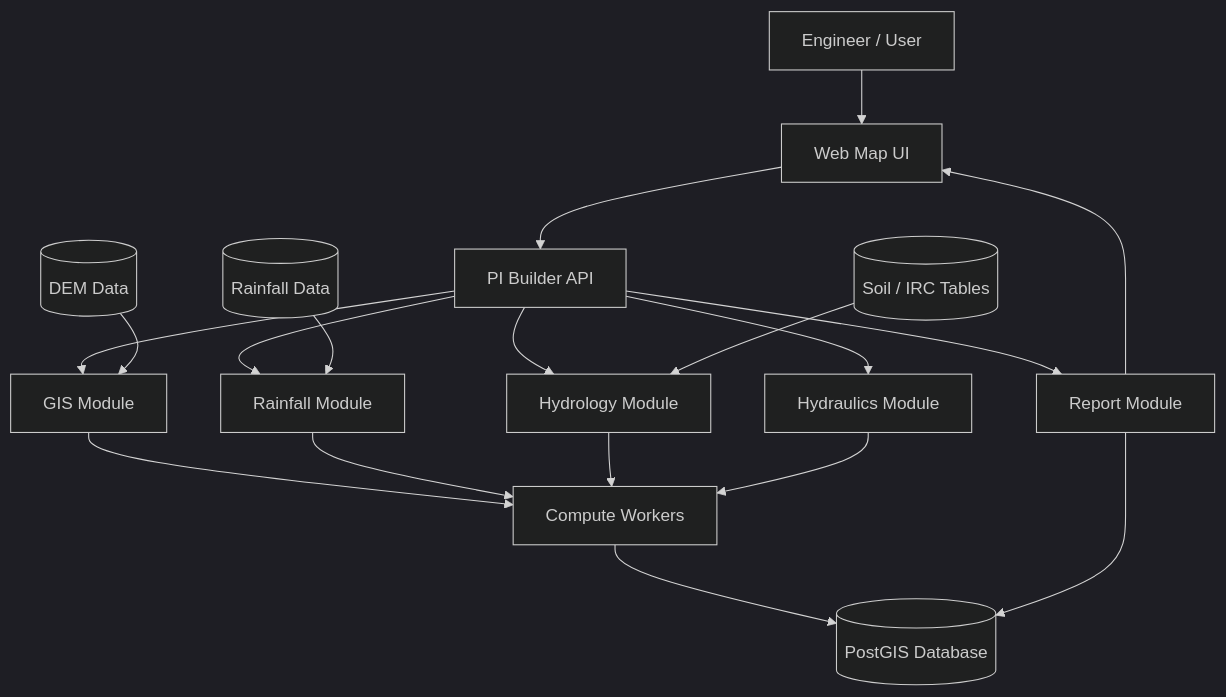
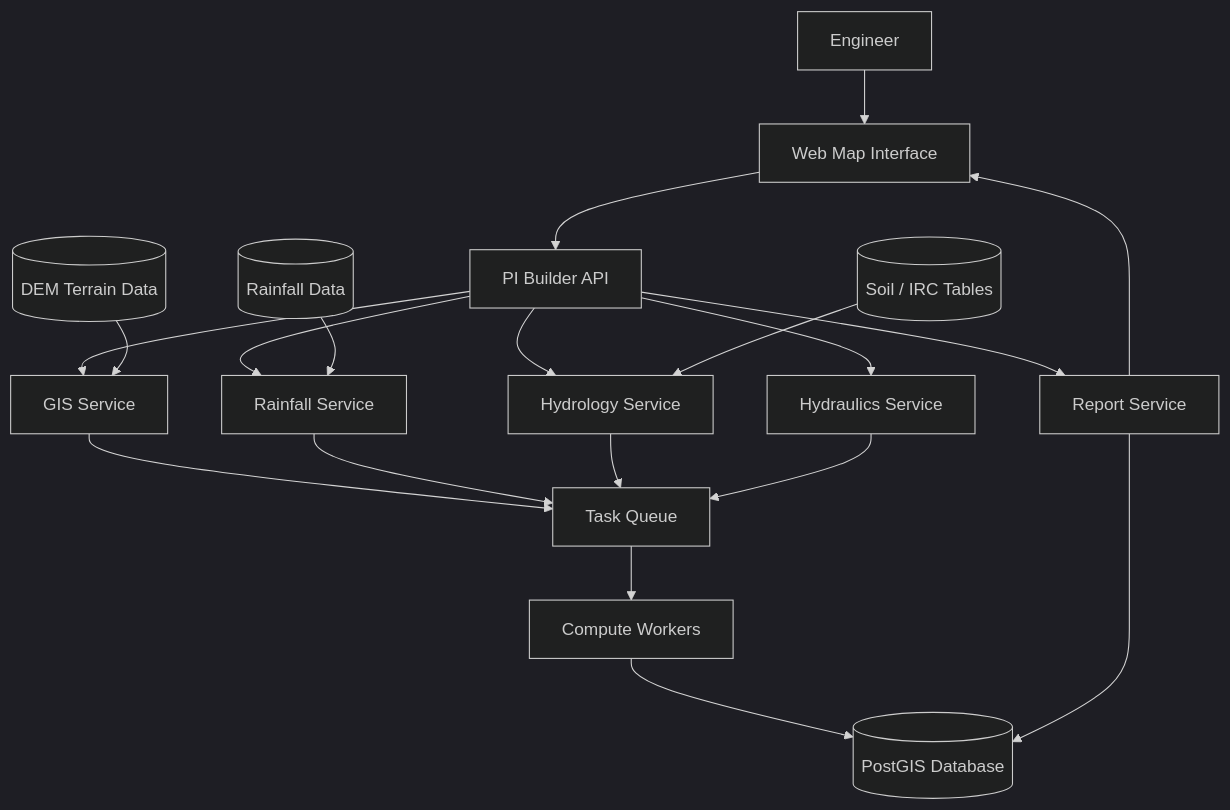
One commit to pifoundrylz/pibuilder changed the diagram in docs/architecture.md. Above: the diagram before and after it, drawn with Mermaid (dark theme). The commit also changed other lines of this file, not shown here.

````diff
--- a/docs/architecture.md
+++ b/docs/architecture.md
@@ -3,39 +3,42 @@
 ```mermaid
 flowchart TB
 
 %% USER
-U[Engineer / User]
+U[Engineer]
 
 %% FRONTEND
-U --> UI[Web Map UI]
+U --> UI[Web Map Interface]
 
 %% API
 UI --> API[PI Builder API]
 
-%% DOMAIN MODULES
-API --> GIS[GIS Module]
-API --> RAIN[Rainfall Module]
-API --> HYDRO[Hydrology Module]
-API --> HYDRAULIC[Hydraulics Module]
-API --> REPORT[Report Module]
+%% DOMAIN SERVICES
+API --> GIS[GIS Service]
+API --> RAIN[Rainfall Service]
+API --> HYDRO[Hydrology Service]
+API --> HYDRAULIC[Hydraulics Service]
+API --> REPORT[Report Service]
 
-%% JOB WORKERS
-GIS --> WORKER[Compute Workers]
-RAIN --> WORKER
-HYDRO --> WORKER
-HYDRAULIC --> WORKER
+%% JOB QUEUE
+GIS --> QUEUE[Task Queue]
+RAIN --> QUEUE
+HYDRO --> QUEUE
+HYDRAULIC --> QUEUE
+
+%% WORKERS
+QUEUE --> WORKERS[Compute Workers]
 
 %% DATA
-DEM[(DEM Data)]
+DEM[(DEM Terrain Data)]
 RAIN_DATA[(Rainfall Data)]
 SOIL[(Soil / IRC Tables)]
 DB[(PostGIS Database)]
 
 DEM --> GIS
 RAIN_DATA --> RAIN
 SOIL --> HYDRO
 
-WORKER --> DB
+WORKERS --> DB
 REPORT --> DB
 REPORT --> UI
 ```
````
